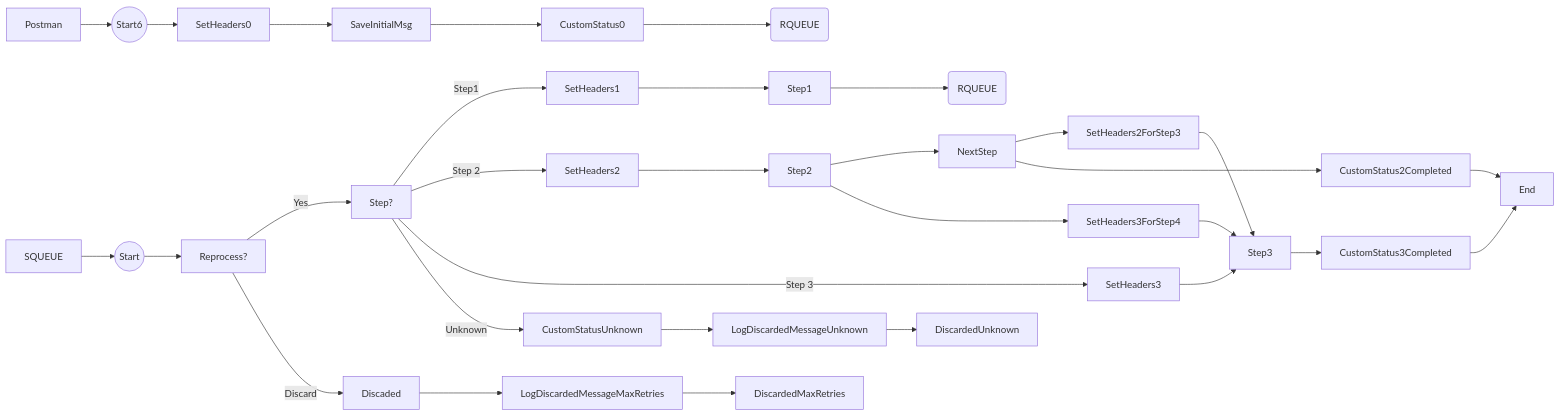
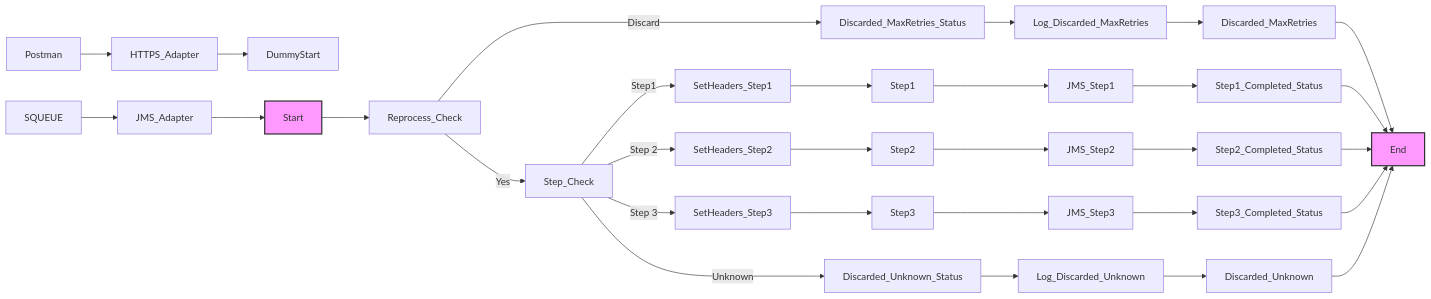
One commit to Avvale-IA-CICD/AvvaleCPI changed the diagram in MMZ - Cell Iflows/SEDA_Model_-_Single_Queue_-_Restart_and_Discard_MMZ-1.0.1/readme.md. Above: the diagram before and after it, drawn with Mermaid. The commit also changed other lines of this file, not shown here.

Commit message:
Add/update documentation for SEDA_Model_-_Single_Queue_-_Restart_and_Discard_MMZ v1.0.1

````diff
--- a/MMZ - Cell Iflows/SEDA_Model_-_Single_Queue_-_Restart_and_Discard_MMZ-1.0.1/readme.md
+++ b/MMZ - Cell Iflows/SEDA_Model_-_Single_Queue_-_Restart_and_Discard_MMZ-1.0.1/readme.md
@@ -4,39 +4,40 @@
 ```mermaid
 graph LR
-    Postman --> HTTPS((Start6))
-    SQUEUE --> JMS((Start))
-    HTTPS((Start6)) --> SetHeaders0
-    JMS((Start)) --> Reprocess?
-    Reprocess? -- Yes --> Step?
-    Reprocess? -- Discard --> Discaded
-    Discaded --> LogDiscardedMessageMaxRetries
-    LogDiscardedMessageMaxRetries --> DiscardedMaxRetries
-    SetHeaders0 --> SaveInitialMsg
-    SaveInitialMsg --> CustomStatus0
-    CustomStatus0 --> JMS_STEP0(RQUEUE)
+    Postman --> HTTPS_Adapter --> DummyStart
+    SQUEUE --> JMS_Adapter --> Start
+    Start --> Reprocess_Check
+    Reprocess_Check -- Discard --> Discarded_MaxRetries_Status
+    Reprocess_Check -- Yes --> Step_Check
+    Step_Check -- Step1 --> SetHeaders_Step1
+    Step_Check -- Step 2 --> SetHeaders_Step2
+    Step_Check -- Step 3 --> SetHeaders_Step3
+    Step_Check -- Unknown --> Discarded_Unknown_Status
+    SetHeaders_Step1 --> Step1
+    SetHeaders_Step2 --> Step2
+    SetHeaders_Step3 --> Step3
 
-    Step? -- Step1 --> SetHeaders1
-    Step? -- Step 2 --> SetHeaders2
-    Step? -- Step 3 --> SetHeaders3
-    Step? -- Unknown --> CustomStatusUnknown
-    CustomStatusUnknown --> LogDiscardedMessageUnknown
-    LogDiscardedMessageUnknown --> DiscardedUnknown
+    Step1 --> JMS_Step1
+    Step2 --> JMS_Step2
+    Step3 --> JMS_Step3
+    
+    JMS_Step1 --> Step1_Completed_Status
+    JMS_Step2 --> Step2_Completed_Status
+    JMS_Step3 --> Step3_Completed_Status
 
-    SetHeaders1 --> Step1
-    SetHeaders2 --> Step2
-    SetHeaders3 --> Step3
+    Step1_Completed_Status --> End
+    Step2_Completed_Status --> End
+    Step3_Completed_Status --> End
 
-    Step1 --> JMS_STEP1(RQUEUE)
-    Step2 --> NextStep
-    Step3 --> CustomStatus3Completed
-    CustomStatus3Completed --> End
+    Discarded_MaxRetries_Status --> Log_Discarded_MaxRetries
+    Discarded_Unknown_Status --> Log_Discarded_Unknown
 
-    NextStep --> SetHeaders2ForStep3
-    SetHeaders2ForStep3 --> Step3
+    Log_Discarded_MaxRetries --> Discarded_MaxRetries
+    Log_Discarded_Unknown --> Discarded_Unknown
 
-    NextStep --> CustomStatus2Completed
-    CustomStatus2Completed --> End
+    Discarded_MaxRetries --> End
+    Discarded_Unknown --> End
 
-    Step2 --> SetHeaders3ForStep4
-    SetHeaders3ForStep4 --> Step3
+    style Start fill:#f9f,stroke:#333,stroke-width:2px
+    style End fill:#f9f,stroke:#333,stroke-width:2px
+    
 ```
````
